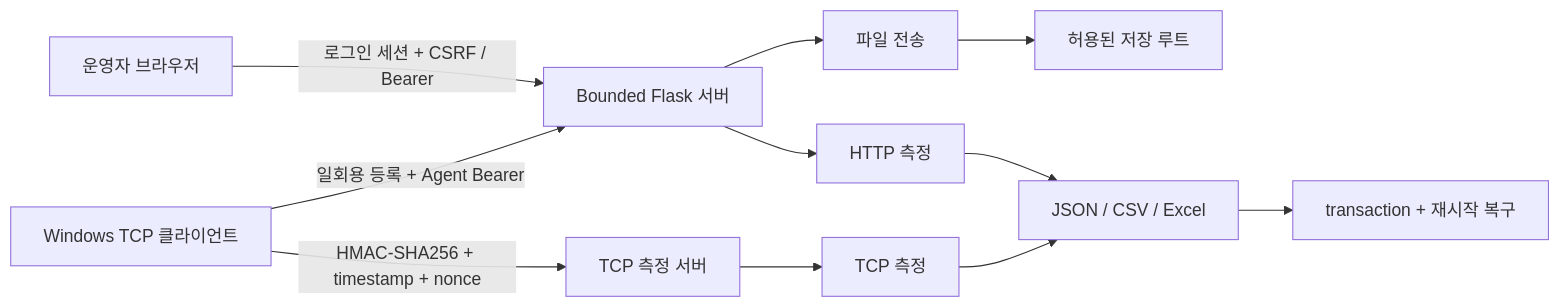
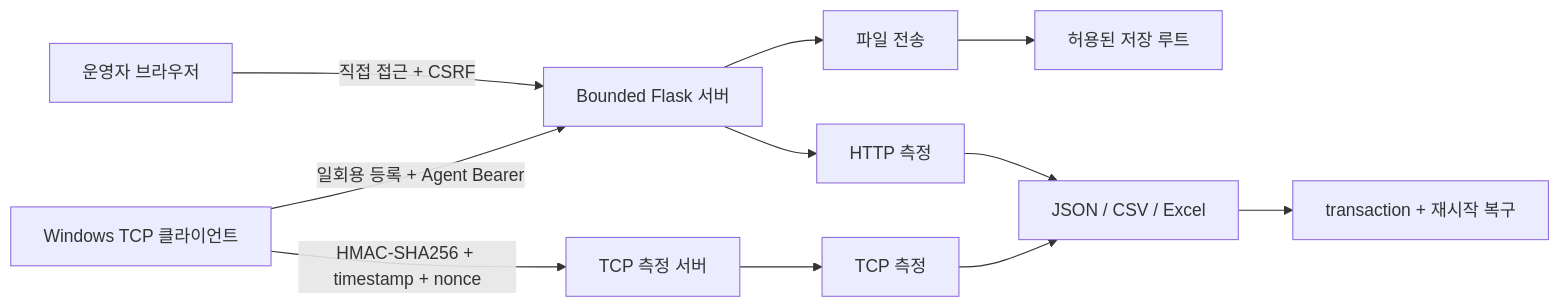
Before and after one commit to sebia1993/internal-network-transfer-diagnostics: the diagram in README.md, drawn with Mermaid. The commit also changed other lines of this file and 13 other files, not shown here.

````diff
--- a/README.md
+++ b/README.md
@@ -40,13 +39,13 @@
 ```mermaid
 flowchart LR
-    O["운영자 브라우저"] -->|"로그인 세션 + CSRF / Bearer"| W["Bounded Flask 서버"]
+    O["운영자 브라우저"] -->|"직접 접근 + CSRF"| W["Bounded Flask 서버"]
     A["Windows TCP 클라이언트"] -->|"일회용 등록 + Agent Bearer"| W
     A -->|"HMAC-SHA256 + timestamp + nonce"| T["TCP 측정 서버"]
     W --> U["파일 전송"]
     W --> H["HTTP 측정"]
     T --> P["TCP 측정"]
     U --> S["허용된 저장 루트"]
     H --> R["JSON / CSV / Excel"]
     P --> R
     R --> X["transaction + 재시작 복구"]
 ```
````
